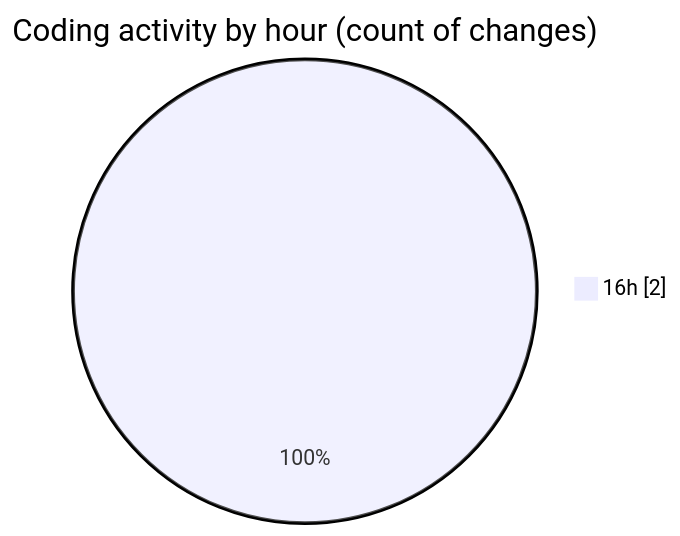
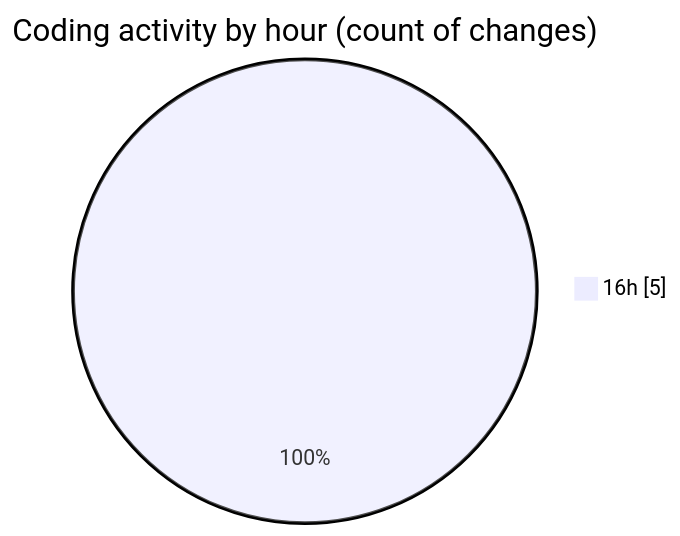
One commit to NitaiMahat/code-tracking changed the second of 2 diagrams in 2025-07-24/pif/README.md. Above: the diagram before and after it, drawn with Mermaid. The commit also changed other lines of this file and 1 other file, not shown here.

````diff
--- a/2025-07-24/pif/README.md
+++ b/2025-07-24/pif/README.md
@@ -29,5 +32,5 @@
 ```mermaid
 pie showData
 title Coding activity by hour (count of changes)
-"16h" : 2
+"16h" : 5
 ```
````
